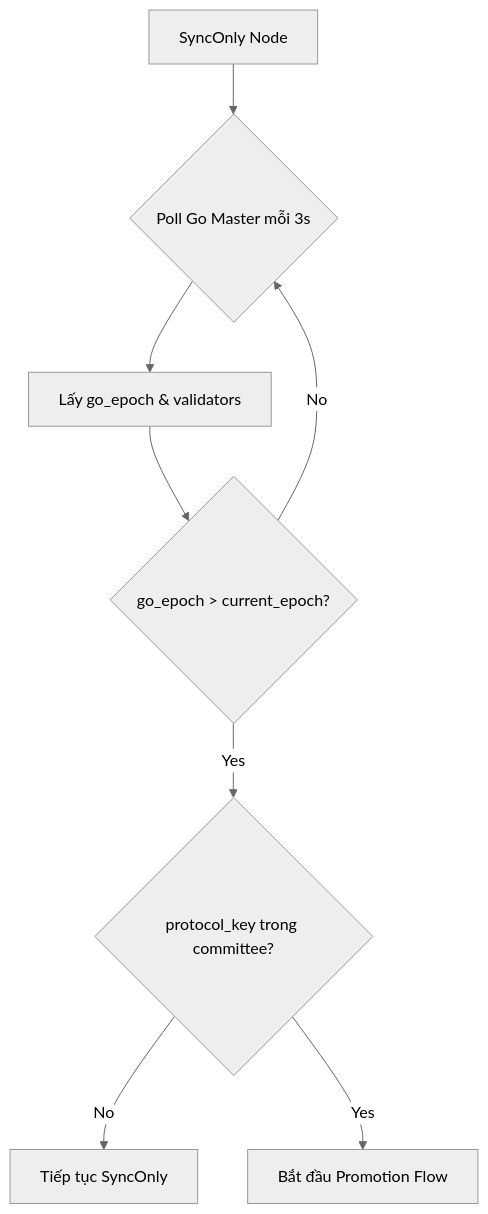
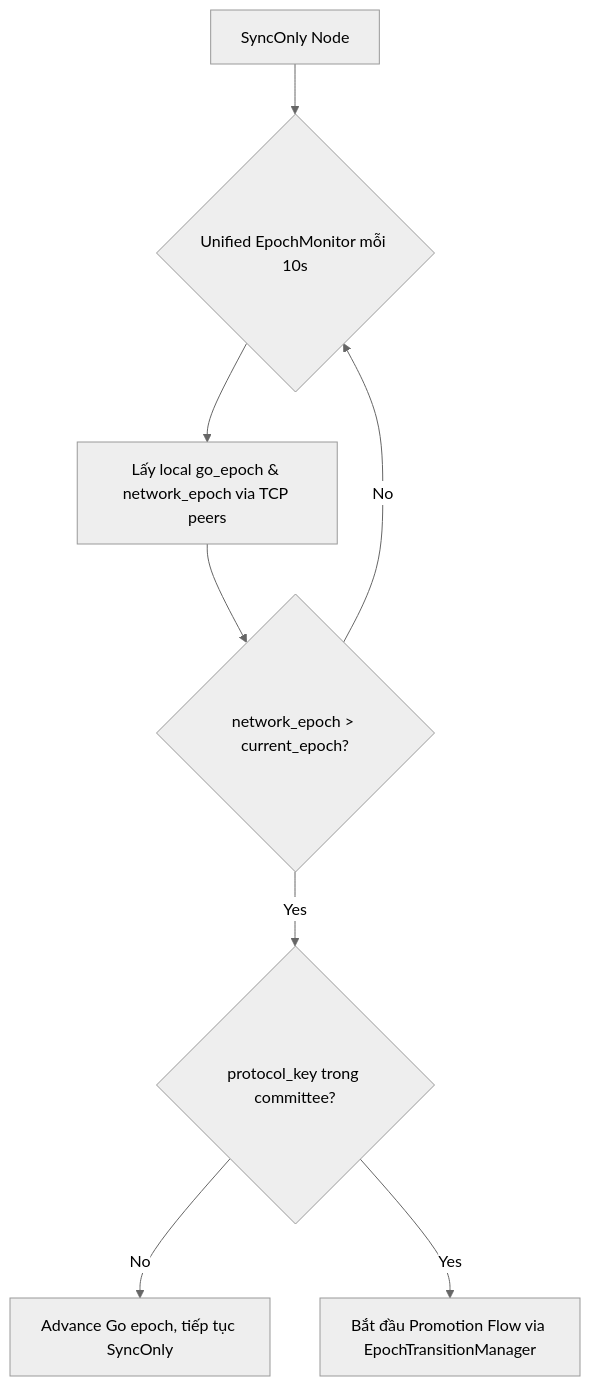
One commit to x3pi/mtn-consensus changed the first of 2 diagrams in docs/synconly-to-validator-transition-vi.md. Above: the diagram before and after it, drawn with Mermaid (neutral theme). The commit also changed other lines of this file and 5 other files, not shown here.

````diff
--- a/docs/synconly-to-validator-transition-vi.md
+++ b/docs/synconly-to-validator-transition-vi.md
@@ -51,10 +51,10 @@
 ```mermaid
 flowchart TD
-    A[SyncOnly Node] --> B{Poll Go Master mỗi 3s}
-    B --> C[Lấy go_epoch & validators]
-    C --> D{go_epoch > current_epoch?}
+    A[SyncOnly Node] --> B{Unified EpochMonitor mỗi 10s}
+    B --> C[Lấy local go_epoch & network_epoch via TCP peers]
+    C --> D{network_epoch > current_epoch?}
     D -->|No| B
     D -->|Yes| E{protocol_key trong committee?}
-    E -->|No| F[Tiếp tục SyncOnly]
-    E -->|Yes| G[Bắt đầu Promotion Flow]
+    E -->|No| F[Advance Go epoch, tiếp tục SyncOnly]
+    E -->|Yes| G[Bắt đầu Promotion Flow via EpochTransitionManager]
 ```
````
